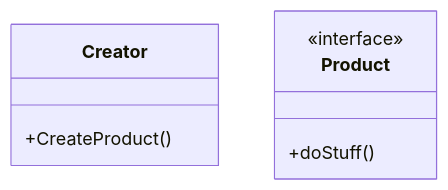
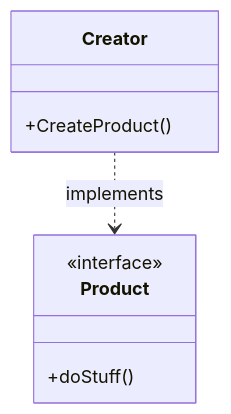
One commit to nahuelDev23/mermaid changed the diagram in readme.md. Above: the diagram before and after it, drawn with Mermaid.

````diff
--- a/readme.md
+++ b/readme.md
@@ -1,12 +1,12 @@
 ```mermaid
 classDiagram
  
  class Creator{
  +CreateProduct()
  }
- 
+ Creator ..> Product : implements
  class Product{
   +doStuff()
  }
  <<interface>> Product
 ```
````
